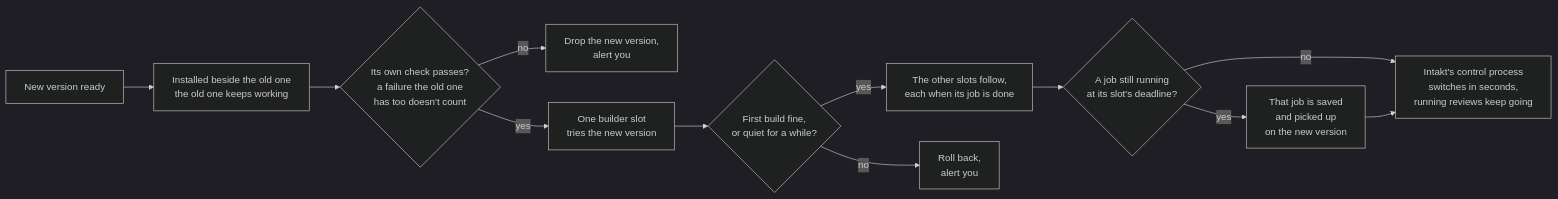
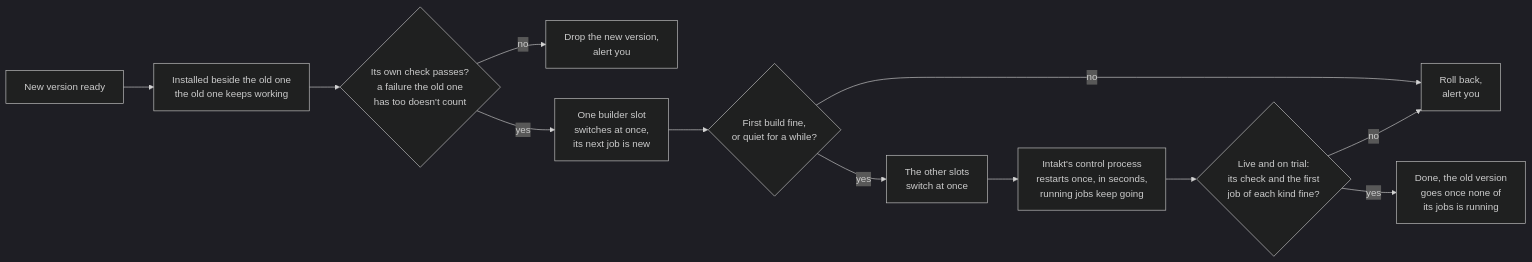
One commit to shinyredapples/intakt changed the fifth of 5 diagrams in docs/guide/the-engine-room.md. Above: the diagram before and after it, drawn with Mermaid (dark theme). The commit also changed other lines of this file and 4 other files, not shown here.

````diff
--- a/docs/guide/the-engine-room.md
+++ b/docs/guide/the-engine-room.md
@@ -179,14 +179,14 @@
 ```mermaid
 flowchart LR
   a[New version ready] --> b[Installed beside the old one<br/>the old one keeps working]
   b --> c{Its own check passes?<br/>a failure the old one<br/>has too doesn't count}
   c -- no --> g[Drop the new version,<br/>alert you]
-  c -- yes --> d[One builder slot<br/>tries the new version]
+  c -- yes --> d[One builder slot<br/>switches at once,<br/>its next job is new]
   d --> e{First build fine,<br/>or quiet for a while?}
-  e -- yes --> f[The other slots follow,<br/>each when its job is done]
   e -- no --> h[Roll back,<br/>alert you]
-  f --> k{A job still running<br/>at its slot's deadline?}
-  k -- yes --> i[That job is saved<br/>and picked up<br/>on the new version]
-  k -- no --> j[Intakt's control process<br/>switches in seconds,<br/>running reviews keep going]
-  i --> j
+  e -- yes --> f[The other slots<br/>switch at once]
+  f --> j[Intakt's control process<br/>restarts once, in seconds,<br/>running jobs keep going]
+  j --> l{Live and on trial:<br/>its check and the first<br/>job of each kind fine?}
+  l -- no --> h
+  l -- yes --> m[Done, the old version<br/>goes once none of<br/>its jobs is running]
 ```
````
